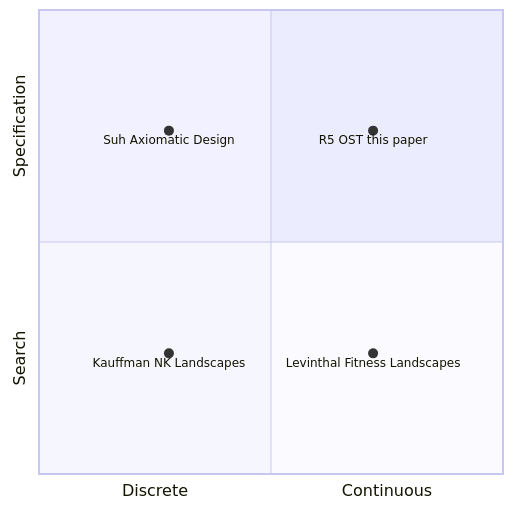
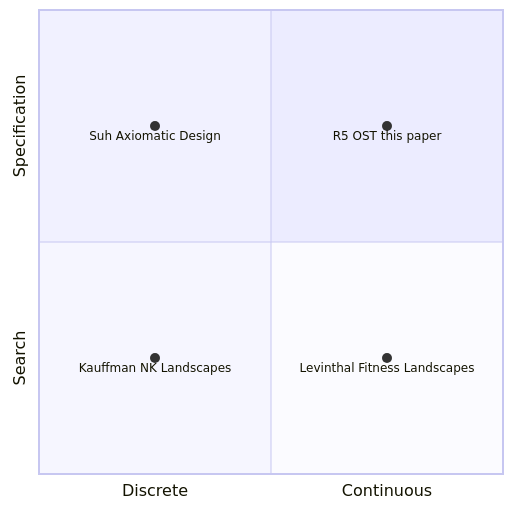
The third of 3 diagrams in r5-specification-impossibility/paper.md (spectralbranding/sbt-papers), drawn with Mermaid before and after one commit. The commit also changed other lines of this file and 160 other files, not shown here.

````diff
--- a/r5-specification-impossibility/paper.md
+++ b/r5-specification-impossibility/paper.md
@@ -528,9 +550,9 @@
 ```{.mermaid width="60%"}
 quadrantChart
     x-axis Discrete --> Continuous
     y-axis Search --> Specification
-    R5 OST this paper: [0.72, 0.74]
-    Suh Axiomatic Design: [0.28, 0.74]
-    Kauffman NK Landscapes: [0.28, 0.26]
-    Levinthal Fitness Landscapes: [0.72, 0.26]
+    R5 OST this paper: [0.75, 0.75]
+    Suh Axiomatic Design: [0.25, 0.75]
+    Kauffman NK Landscapes: [0.25, 0.25]
+    Levinthal Fitness Landscapes: [0.75, 0.25]
 ```
````
